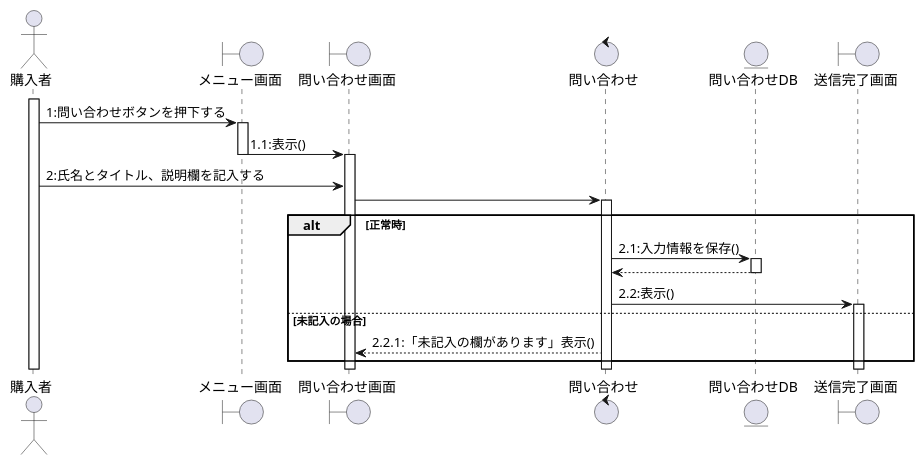
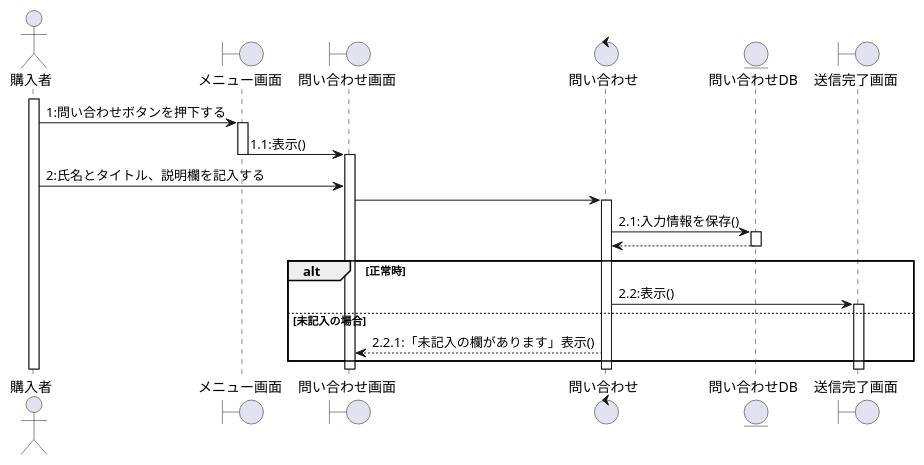
The diagram in シーケンス_購入者/問い合わせ.puml (T-kouki/local-vege-link), drawn with PlantUML before and after one commit. The commit also changed 4 other files, not shown here.

```diff
--- a/シーケンス_購入者/問い合わせ.puml
+++ b/シーケンス_購入者/問い合わせ.puml
@@ -1,31 +1,30 @@
 @startuml
 
 
 actor 購入者
 boundary メニュー画面
 boundary 問い合わせ画面
 control 問い合わせ
 entity 問い合わせDB
 boundary 送信完了画面
 
 activate 購入者
 購入者 -> メニュー画面:1:問い合わせボタンを押下する
 activate メニュー画面
 メニュー画面 -> 問い合わせ画面:1.1:表示()
 deactivate メニュー画面
 activate 問い合わせ画面
 購入者 -> 問い合わせ画面:2:氏名とタイトル、説明欄を記入する
 問い合わせ画面 -> 問い合わせ :
 activate 問い合わせ
-
+問い合わせ -> 問い合わせDB :2.1:入力情報を保存()
+activate 問い合わせDB
+問い合わせDB --> 問い合わせ:
+deactivate 問い合わせDB
 alt 正常時
-    問い合わせ -> 問い合わせDB :2.1:入力情報を保存()
-    activate 問い合わせDB
-    問い合わせDB --> 問い合わせ:
-    deactivate 問い合わせDB
     問い合わせ -> 送信完了画面:2.2:表示()
     activate 送信完了画面
 else 未記入の場合
     問い合わせ --> 問い合わせ画面:2.2.1:「未記入の欄があります」表示()
 end
 @enduml
```
